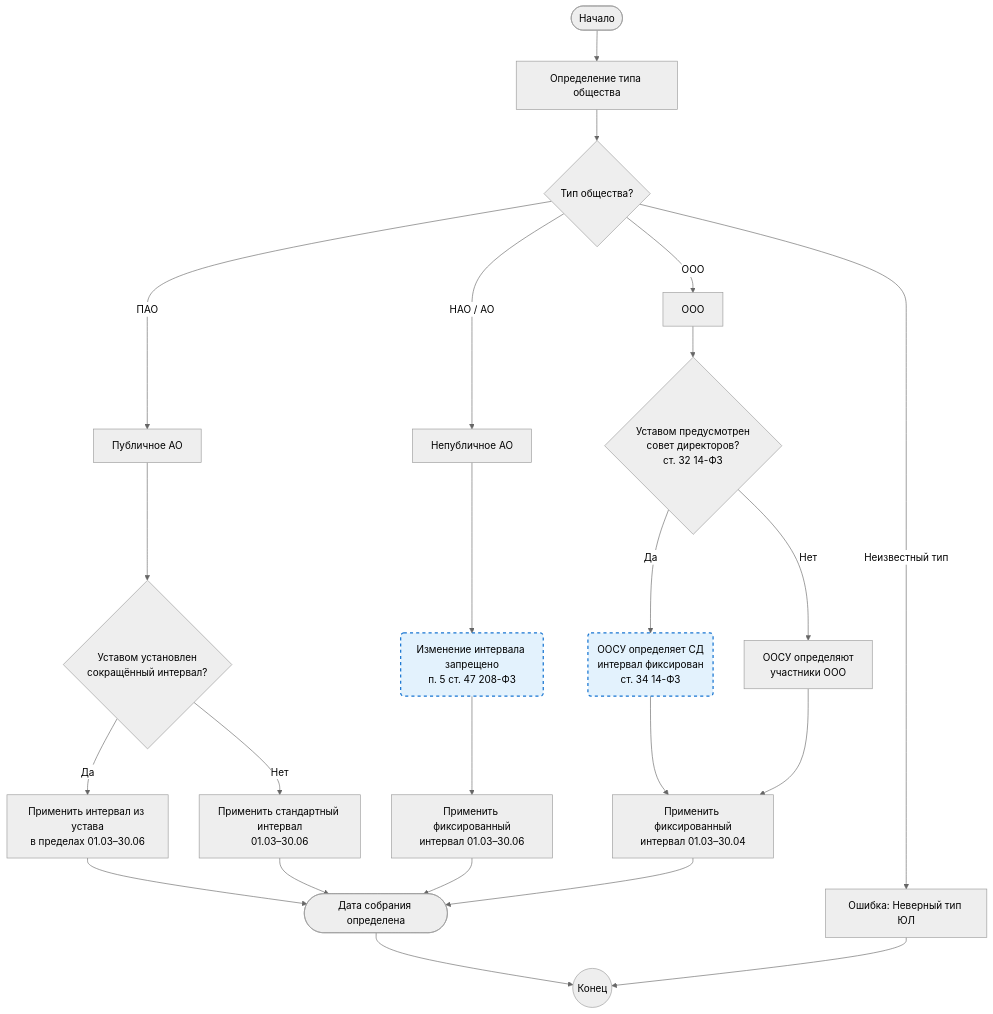
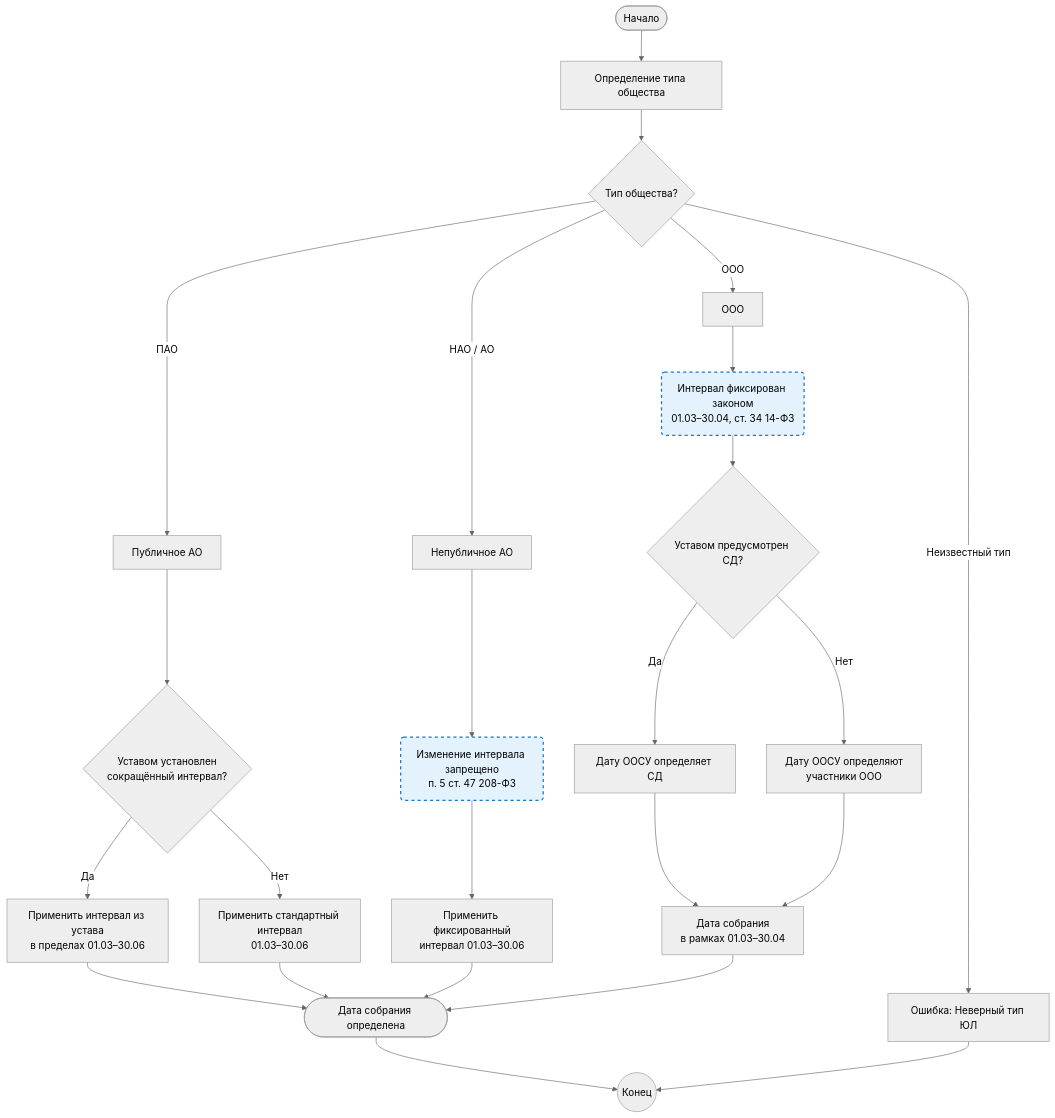
One commit to arsenyuk/SamorodinkaTech.Fiducia changed the diagram in docs/business-processes/gosa-window.md. Above: the diagram before and after it, drawn with Mermaid (neutral theme).

Commit message:
docs(gosa): уточнить диаграмму ООСУ — интервал фиксирован законом, СД влияет только на выбор даты

````diff
--- a/docs/business-processes/gosa-window.md
+++ b/docs/business-processes/gosa-window.md
@@ -49,55 +49,58 @@
 ```mermaid
 flowchart TD
     Start([Начало]) --> A[Определение типа общества]
 
     A --> B{Тип общества?}
 
     B -->|ПАО| C[Публичное АО]
     C --> D{Уставом установлен<br>сокращённый интервал?}
     D -->|Да| E[Применить интервал из устава<br>в пределах 01.03–30.06]
     D -->|Нет| F[Применить стандартный интервал<br>01.03–30.06]
 
     B -->| НАО / АО| G[Непубличное АО]
     G --> H[Изменение интервала запрещено<br>п. 5 ст. 47 208-ФЗ]
     H --> I[Применить фиксированный<br>интервал 01.03–30.06]
 
     B -->| ООО| L[ООО]
-    L --> P{Уставом предусмотрен<br>совет директоров?<br>ст. 32 14-ФЗ}
-    P -->|Да| M[ООСУ определяет СД<br>интервал фиксирован<br>ст. 34 14-ФЗ]
-    P -->|Нет| Q[ООСУ определяют<br>участники ООО]
-    M --> N[Применить фиксированный<br>интервал 01.03–30.04]
+    L --> M[Интервал фиксирован законом<br>01.03–30.04, ст. 34 14-ФЗ]
+    M --> P{Уставом предусмотрен СД?}
+    P -->|Да| Q[Дату ООСУ определяет СД]
+    P -->|Нет| R[Дату ООСУ определяют<br>участники ООО]
     Q --> N
+    R --> N
+    N[Дата собрания<br>в рамках 01.03–30.04]
 
     B -->|Неизвестный тип| J[Ошибка: Неверный тип ЮЛ]
 
     E --> K[Дата собрания определена]
     F --> K
     I --> K
     N --> K
     K --> Stop([Конец])
     J --> Stop
 
     %% Явное задание форм (синтаксис Mermaid)
     Start@{ shape: stadium, label: "Начало" }
     A@{ shape: rect, label: "Определение типа общества" }
     B@{ shape: diamond, label: "Тип общества?" }
     C@{ shape: rect, label: "Публичное АО" }
     D@{ shape: diamond, label: "Уставом установлен\nсокращённый интервал?" }
     E@{ shape: rect, label: "Применить интервал из устава\nв пределах 01.03–30.06" }
     F@{ shape: rect, label: "Применить стандартный интервал\n01.03–30.06" }
     G@{ shape: rect, label: "Непубличное АО" }
     H@{ shape: rounded, label: "Изменение интервала запрещено\nп. 5 ст. 47 208-ФЗ" }
     I@{ shape: rect, label: "Применить фиксированный\nинтервал 01.03–30.06" }
     L@{ shape: rect, label: "ООО" }
-    P@{ shape: diamond, label: "Уставом предусмотрен\nсовет директоров?\nст. 32 14-ФЗ" }
-    M@{ shape: rounded, label: "ООСУ определяет СД\nинтервал фиксирован\nст. 34 14-ФЗ" }
-    Q@{ shape: rect, label: "ООСУ определяют\nучастники ООО" }
-    N@{ shape: rect, label: "Применить фиксированный\nинтервал 01.03–30.04" }
+    M@{ shape: rounded, label: "Интервал фиксирован законом\n01.03–30.04, ст. 34 14-ФЗ" }
+    P@{ shape: diamond, label: "Уставом предусмотрен СД?" }
+    Q@{ shape: rect, label: "Дату ООСУ определяет СД" }
+    R@{ shape: rect, label: "Дату ООСУ определяют\nучастники ООО" }
+    N@{ shape: rect, label: "Дата собрания\nв рамках 01.03–30.04" }
     J@{ shape: rect, label: "Ошибка: Неверный тип ЮЛ" }
     K@{ shape: stadium, label: "Дата собрания определена" }
     Stop@{ shape: circle, label: "Конец" }
 
     %% Стилизация
   style H fill:#e3f2fd,stroke:#1976d2,stroke-width:2px,stroke-dasharray: 5 5
   style M fill:#e3f2fd,stroke:#1976d2,stroke-width:2px,stroke-dasharray: 5 5
 ```
````
